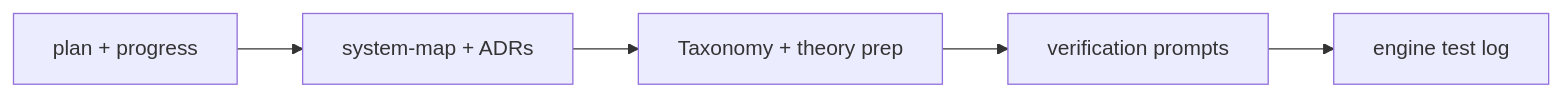
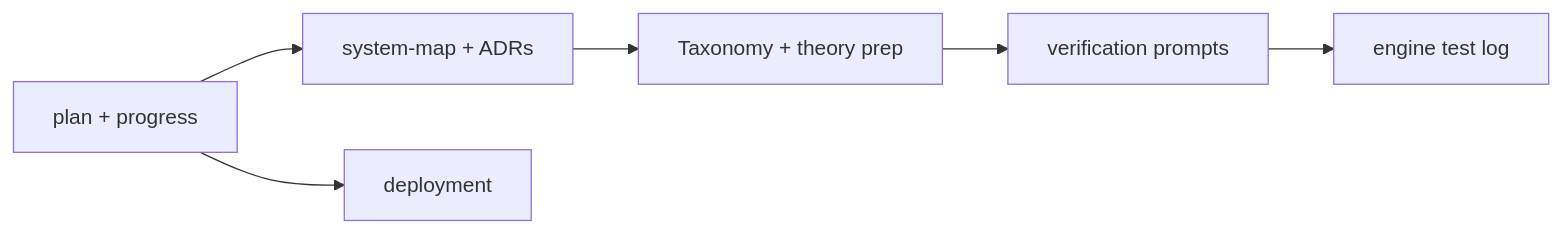
One commit to spatel54/harmonyforge changed the diagram in docs/README.md. Above: the diagram before and after it, drawn with Mermaid. The commit also changed other lines of this file and 23 other files, not shown here.

````diff
--- a/docs/README.md
+++ b/docs/README.md
@@ -21,7 +22,8 @@
 ```mermaid
 flowchart LR
   A[plan + progress] --> B[system-map + ADRs]
   B --> C[Taxonomy + theory prep]
   C --> D[verification prompts]
   D --> E[engine test log]
+  A --> F[deployment]
 ```
````
